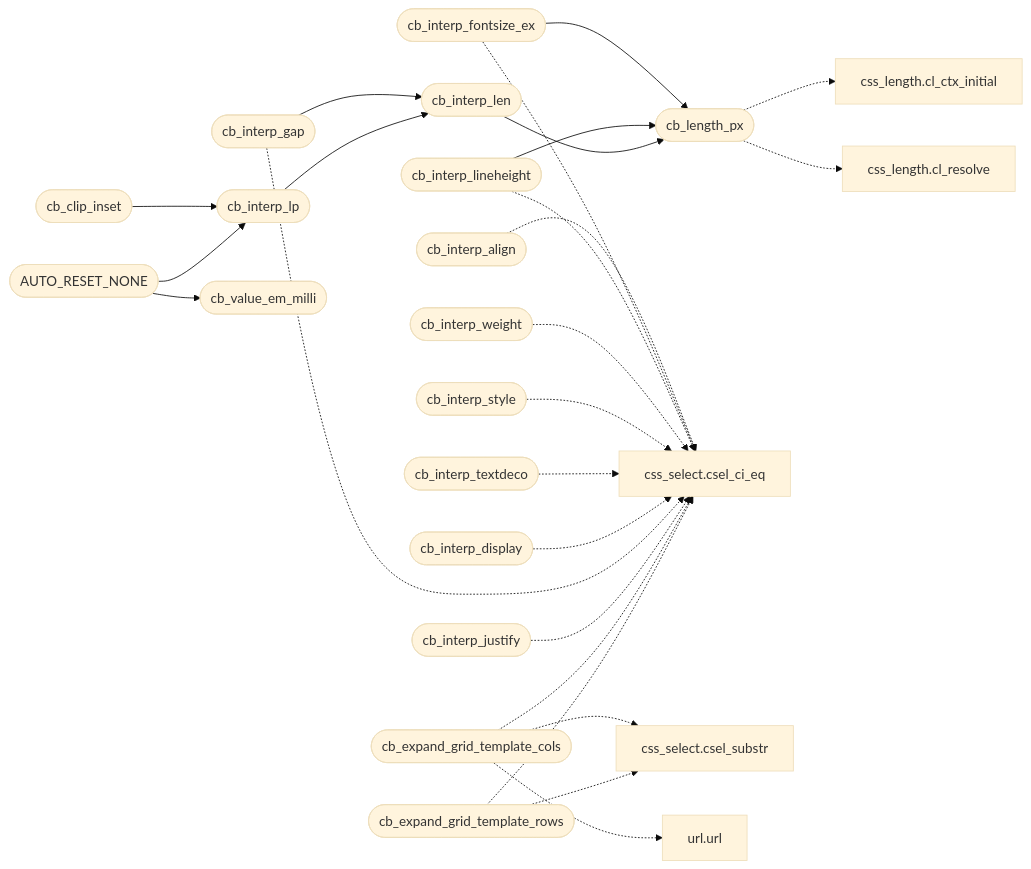
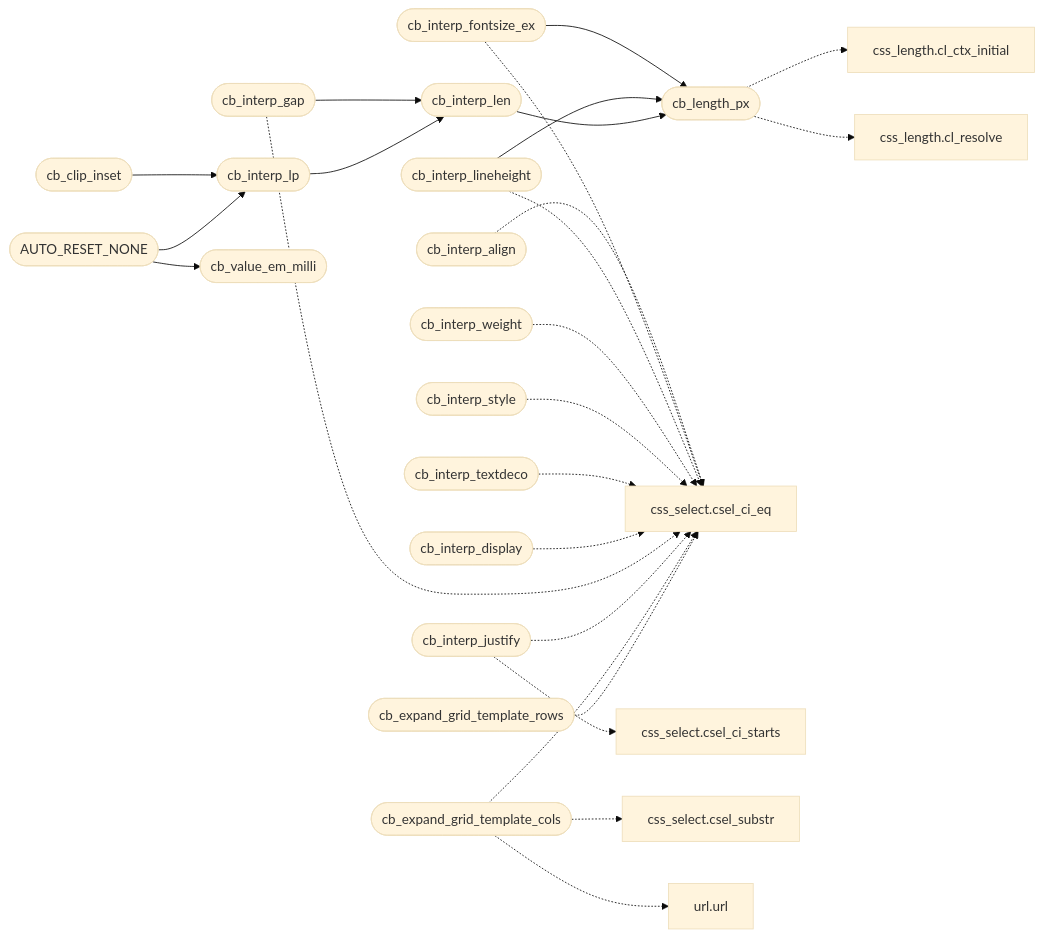
Before and after one commit to grisuno/FreeDom: the second of 2 diagrams in readmenator-apidocs/modules/src.css_box.c.md, drawn with Mermaid (base theme). The commit also changed other lines of this file and 301 other files, not shown here.

````diff
--- a/readmenator-apidocs/modules/src.css_box.c.md
+++ b/readmenator-apidocs/modules/src.css_box.c.md
@@ -28,49 +28,50 @@
 ```mermaid
 flowchart LR
     n_src_css_box_c__cb_interp_fontsize_ex(["cb_interp_fontsize_ex"])
     n_src_css_box_c__cb_length_px(["cb_length_px"])
     n_src_css_box_c__cb_interp_lineheight(["cb_interp_lineheight"])
     n_src_css_box_c__cb_interp_gap(["cb_interp_gap"])
     n_src_css_box_c__cb_interp_len(["cb_interp_len"])
     n_src_css_box_c__cb_clip_inset(["cb_clip_inset"])
     n_src_css_box_c__cb_interp_lp(["cb_interp_lp"])
     n_src_css_box_c__AUTO_RESET_NONE(["AUTO_RESET_NONE"])
     n_src_css_box_c__cb_value_em_milli(["cb_value_em_milli"])
     n_src_css_length_c__cl_ctx_initial["css_length.cl_ctx_initial"]
     n_src_css_length_c__cl_resolve["css_length.cl_resolve"]
     n_src_css_box_c__cb_interp_align(["cb_interp_align"])
     n_include_css_select_h__csel_ci_eq["css_select.csel_ci_eq"]
     n_src_css_box_c__cb_interp_weight(["cb_interp_weight"])
     n_src_css_box_c__cb_interp_style(["cb_interp_style"])
     n_src_css_box_c__cb_interp_textdeco(["cb_interp_textdeco"])
     n_src_css_box_c__cb_interp_display(["cb_interp_display"])
     n_src_css_box_c__cb_interp_justify(["cb_interp_justify"])
+    n_include_css_select_h__csel_ci_starts["css_select.csel_ci_starts"]
     n_src_css_box_c__cb_expand_grid_template_cols(["cb_expand_grid_template_cols"])
     n_include_css_select_h__csel_substr["css_select.csel_substr"]
     n_include_url_h__url["url.url"]
     n_src_css_box_c__cb_expand_grid_template_rows(["cb_expand_grid_template_rows"])
     n_src_css_box_c__cb_interp_fontsize_ex --> n_src_css_box_c__cb_length_px
     n_src_css_box_c__cb_interp_lineheight --> n_src_css_box_c__cb_length_px
     n_src_css_box_c__cb_interp_gap --> n_src_css_box_c__cb_interp_len
     n_src_css_box_c__cb_interp_len --> n_src_css_box_c__cb_length_px
     n_src_css_box_c__cb_clip_inset --> n_src_css_box_c__cb_interp_lp
     n_src_css_box_c__cb_interp_lp --> n_src_css_box_c__cb_interp_len
     n_src_css_box_c__AUTO_RESET_NONE --> n_src_css_box_c__cb_interp_lp
     n_src_css_box_c__AUTO_RESET_NONE --> n_src_css_box_c__cb_value_em_milli
     n_src_css_box_c__cb_length_px -.-> n_src_css_length_c__cl_ctx_initial
     n_src_css_box_c__cb_length_px -.-> n_src_css_length_c__cl_resolve
     n_src_css_box_c__cb_interp_align -.-> n_include_css_select_h__csel_ci_eq
     n_src_css_box_c__cb_interp_fontsize_ex -.-> n_include_css_select_h__csel_ci_eq
     n_src_css_box_c__cb_interp_lineheight -.-> n_include_css_select_h__csel_ci_eq
     n_src_css_box_c__cb_interp_weight -.-> n_include_css_select_h__csel_ci_eq
     n_src_css_box_c__cb_interp_style -.-> n_include_css_select_h__csel_ci_eq
     n_src_css_box_c__cb_interp_textdeco -.-> n_include_css_select_h__csel_ci_eq
     n_src_css_box_c__cb_interp_display -.-> n_include_css_select_h__csel_ci_eq
     n_src_css_box_c__cb_interp_gap -.-> n_include_css_select_h__csel_ci_eq
     n_src_css_box_c__cb_interp_justify -.-> n_include_css_select_h__csel_ci_eq
+    n_src_css_box_c__cb_interp_justify -.-> n_include_css_select_h__csel_ci_starts
     n_src_css_box_c__cb_expand_grid_template_cols -.-> n_include_css_select_h__csel_ci_eq
     n_src_css_box_c__cb_expand_grid_template_cols -.-> n_include_css_select_h__csel_substr
     n_src_css_box_c__cb_expand_grid_template_cols -.-> n_include_url_h__url
     n_src_css_box_c__cb_expand_grid_template_rows -.-> n_include_css_select_h__csel_ci_eq
-    n_src_css_box_c__cb_expand_grid_template_rows -.-> n_include_css_select_h__csel_substr
 ```
````
